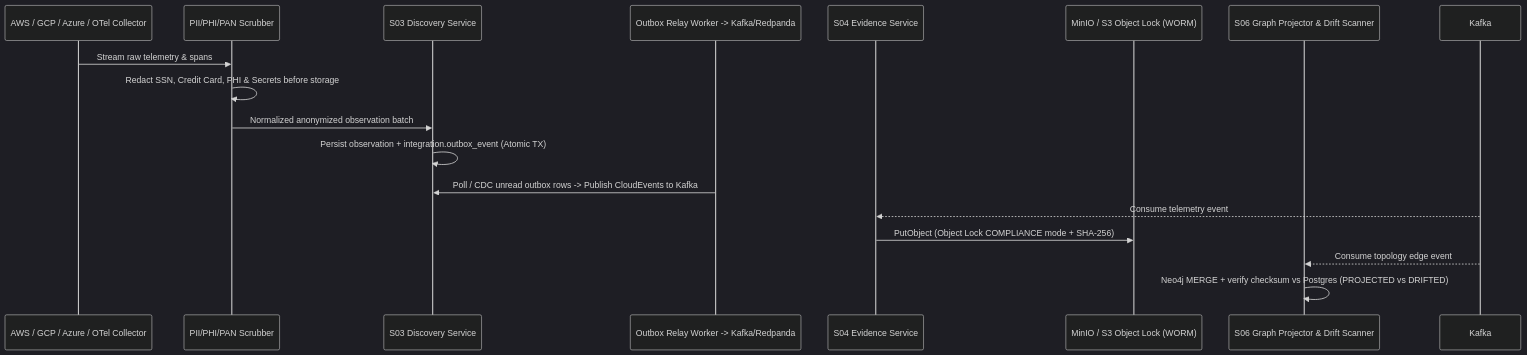
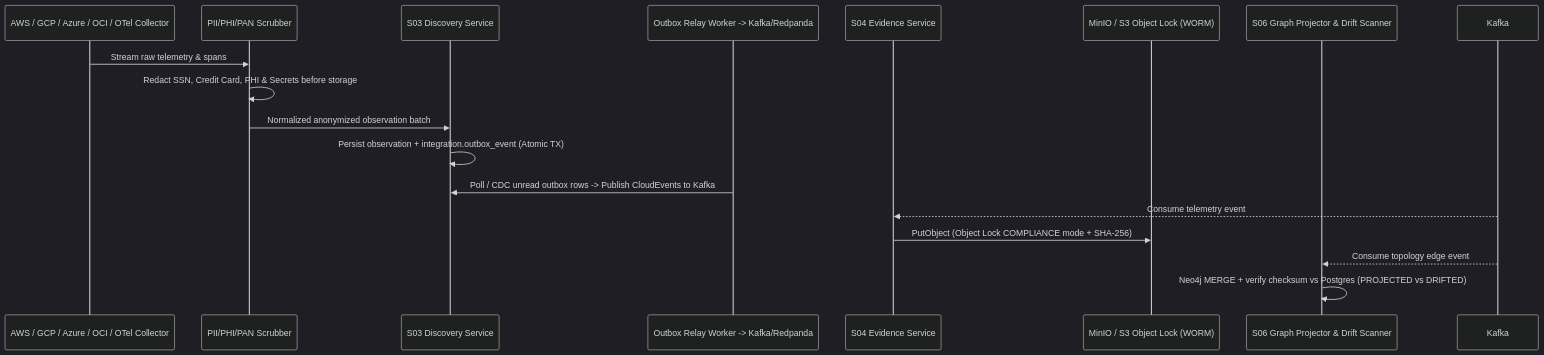
Before and after one commit to fenoch4real/uacrf-unified-adaptive-cloud-resilience-framework: the tenth of 13 diagrams in docs/diagrams/SEQUENCE_DIAGRAMS.md, drawn with Mermaid (dark theme). The commit also changed other lines of this file and 11 other files, not shown here.

Commit message:
docs(multicloud): include OCI alongside GCP, AWS, and Azure across architecture, infra, diagrams, and discovery seed

````diff
--- a/docs/diagrams/SEQUENCE_DIAGRAMS.md
+++ b/docs/diagrams/SEQUENCE_DIAGRAMS.md
@@ -332,20 +332,20 @@
 ```mermaid
 sequenceDiagram
-    participant Cloud as AWS / GCP / Azure / OTel Collector
+    participant Cloud as AWS / GCP / Azure / OCI / OTel Collector
     participant SCRUB as PII/PHI/PAN Scrubber
     participant S03 as S03 Discovery Service
     participant RELAY as Outbox Relay Worker -> Kafka/Redpanda
     participant S04 as S04 Evidence Service
     participant S3 as MinIO / S3 Object Lock (WORM)
     participant S06 as S06 Graph Projector & Drift Scanner
 
     Cloud->>SCRUB: Stream raw telemetry & spans
     SCRUB->>SCRUB: Redact SSN, Credit Card, PHI & Secrets before storage
     SCRUB->>S03: Normalized anonymized observation batch
     S03->>S03: Persist observation + integration.outbox_event (Atomic TX)
     RELAY->>S03: Poll / CDC unread outbox rows -> Publish CloudEvents to Kafka
     Kafka-->>S04: Consume telemetry event
     S04->>S3: PutObject (Object Lock COMPLIANCE mode + SHA-256)
     Kafka-->>S06: Consume topology edge event
     S06->>S06: Neo4j MERGE + verify checksum vs Postgres (PROJECTED vs DRIFTED)
 ```
````
